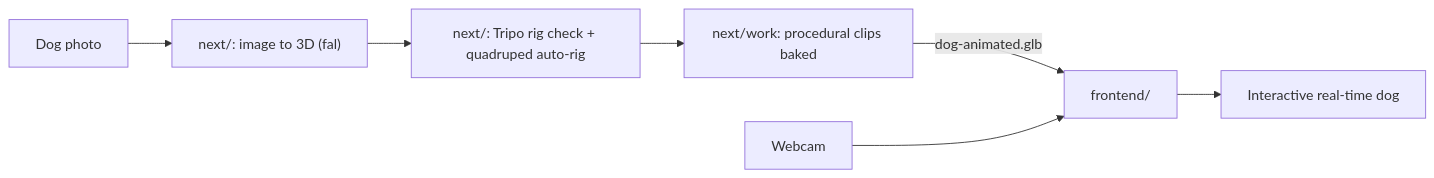
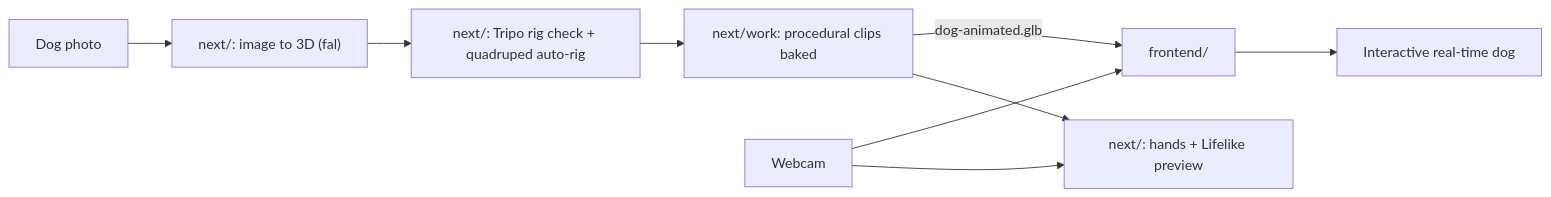
Before and after one commit to Toricane/stormhacks26: the diagram in IMPLEMENTATION.md, drawn with Mermaid. The commit also changed other lines of this file and 69 other files, not shown here.

````diff
--- a/IMPLEMENTATION.md
+++ b/IMPLEMENTATION.md
@@ -7,9 +7,11 @@
 ```mermaid
 flowchart LR
   photo[Dog photo] --> gen["next/: image to 3D (fal)"]
   gen --> rig["next/: Tripo rig check + quadruped auto-rig"]
   rig --> clips["next/work: procedural clips baked"]
   clips -->|"dog-animated.glb"| frontend[frontend/]
   webcam[Webcam] --> frontend
+  webcam --> lifelike["next/: hands + Lifelike preview"]
+  clips --> lifelike
   frontend --> screen[Interactive real-time dog]
 ```
````
